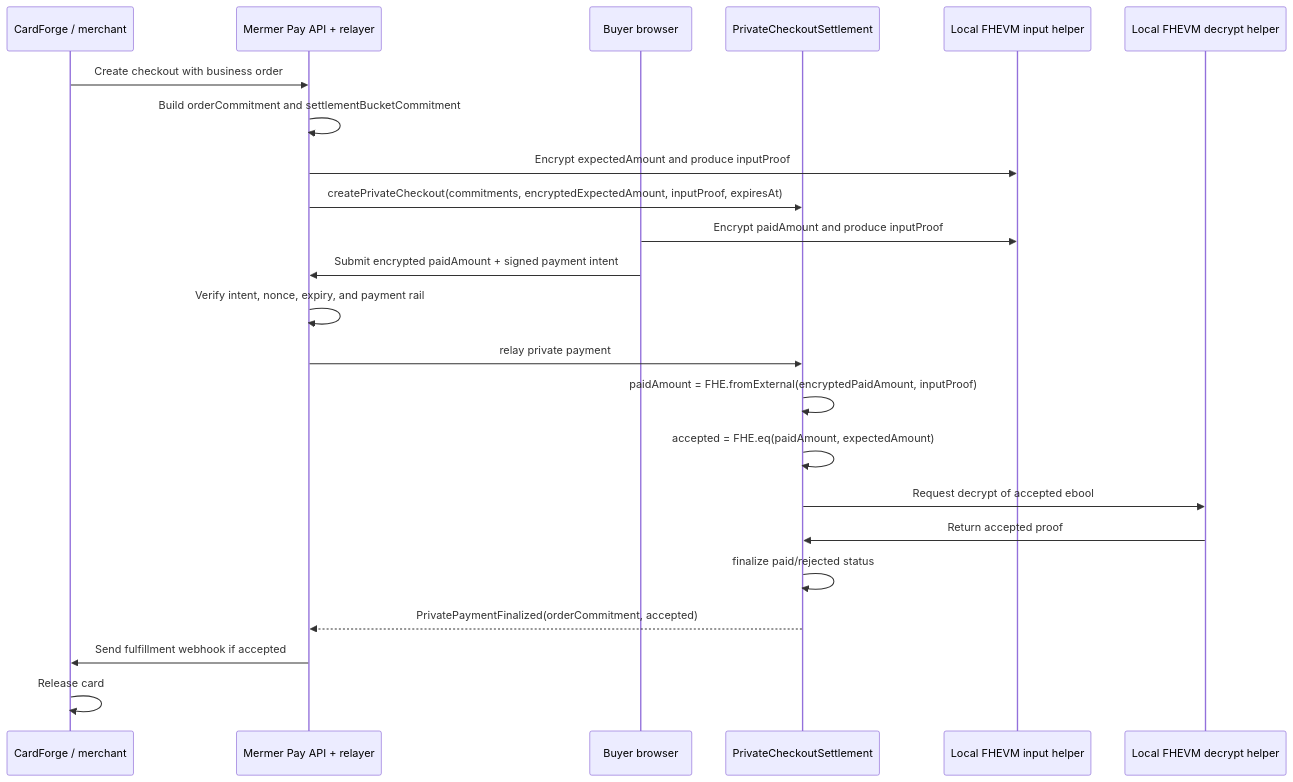
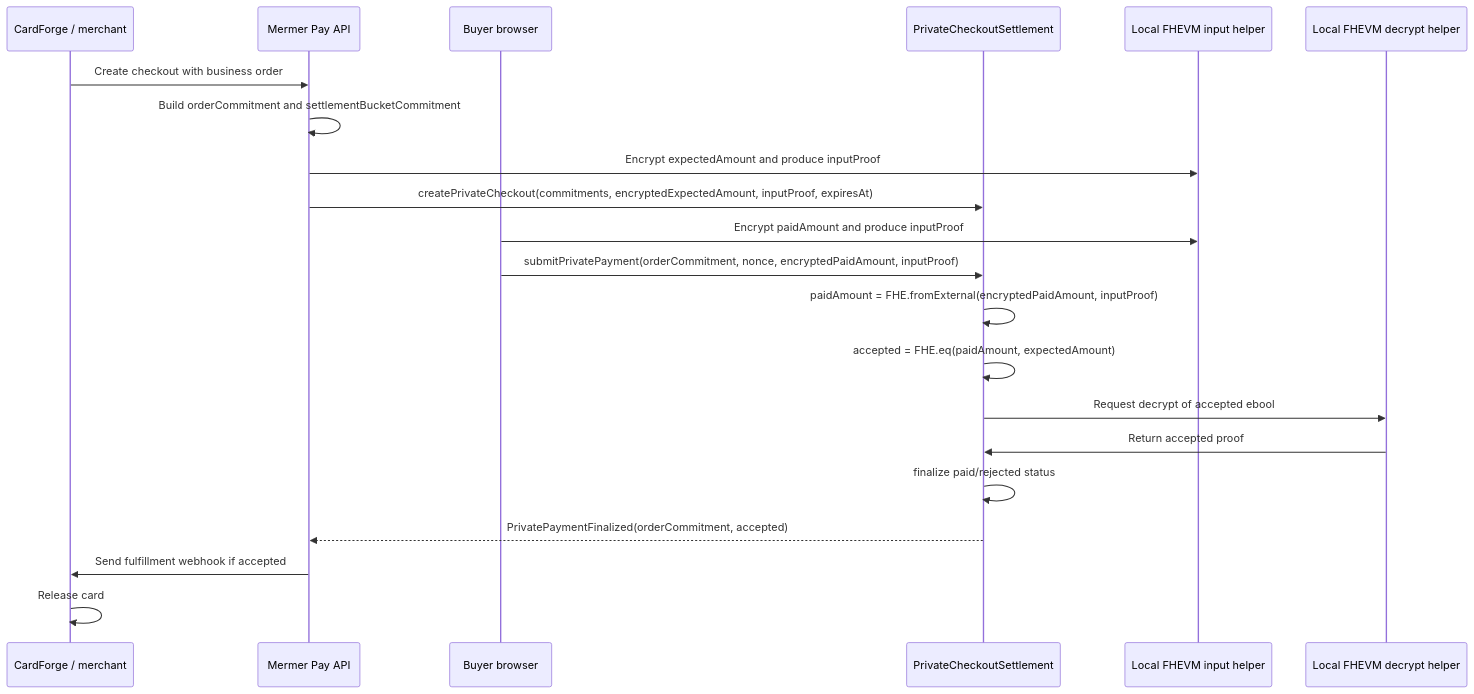
The second of 2 diagrams in docs/runbooks/private-checkout-v1.md (hanbu97/zamapay), drawn with Mermaid before and after one commit. The commit also changed other lines of this file and 51 other files, not shown here.

````diff
--- a/docs/runbooks/private-checkout-v1.md
+++ b/docs/runbooks/private-checkout-v1.md
@@ -263,26 +258,24 @@
 ```mermaid
 sequenceDiagram
     participant CF as CardForge / merchant
-    participant MP as Mermer Pay API + relayer
+    participant MP as Mermer Pay API
     participant B as Buyer browser
     participant C as PrivateCheckoutSettlement
     participant R as Local FHEVM input helper
     participant Z as Local FHEVM decrypt helper
 
     CF->>MP: Create checkout with business order
     MP->>MP: Build orderCommitment and settlementBucketCommitment
     MP->>R: Encrypt expectedAmount and produce inputProof
     MP->>C: createPrivateCheckout(commitments, encryptedExpectedAmount, inputProof, expiresAt)
     B->>R: Encrypt paidAmount and produce inputProof
-    B->>MP: Submit encrypted paidAmount + signed payment intent
-    MP->>MP: Verify intent, nonce, expiry, and payment rail
-    MP->>C: relay private payment
+    B->>C: submitPrivatePayment(orderCommitment, nonce, encryptedPaidAmount, inputProof)
     C->>C: paidAmount = FHE.fromExternal(encryptedPaidAmount, inputProof)
     C->>C: accepted = FHE.eq(paidAmount, expectedAmount)
     C->>Z: Request decrypt of accepted ebool
     Z->>C: Return accepted proof
     C->>C: finalize paid/rejected status
     C-->>MP: PrivatePaymentFinalized(orderCommitment, accepted)
     MP->>CF: Send fulfillment webhook if accepted
     CF->>CF: Release card
 ```
````
